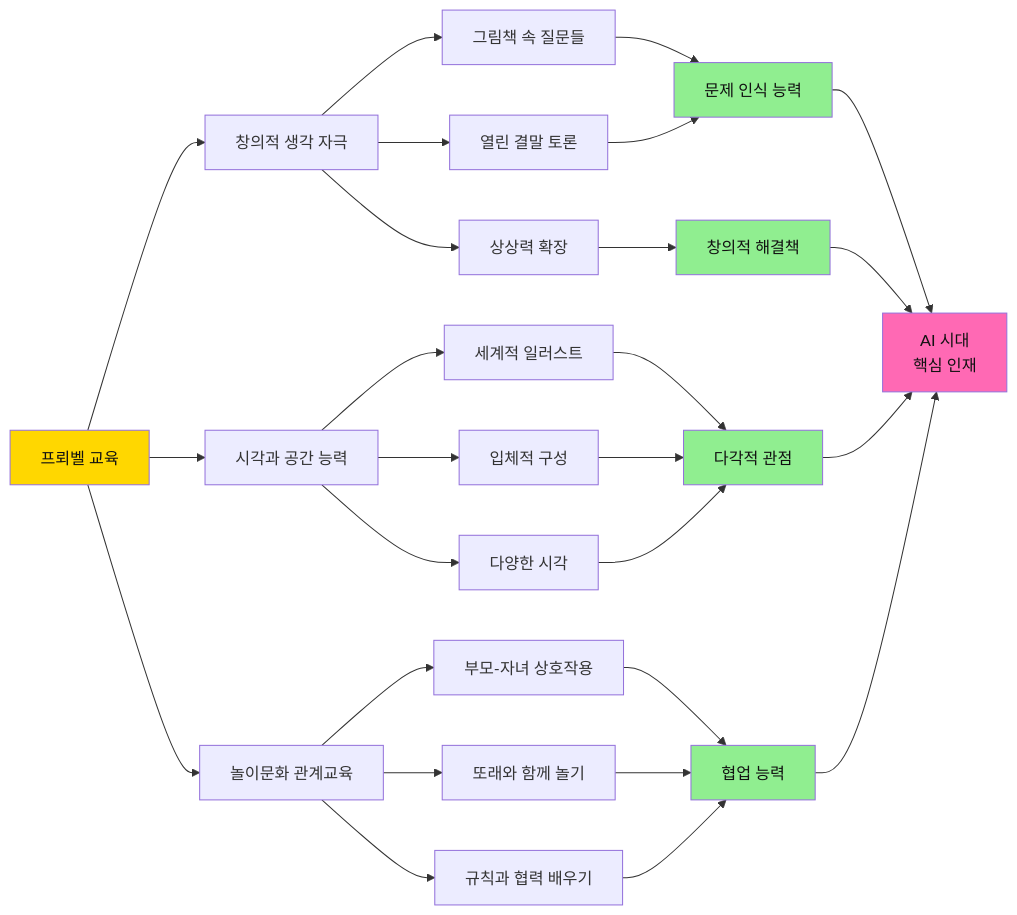
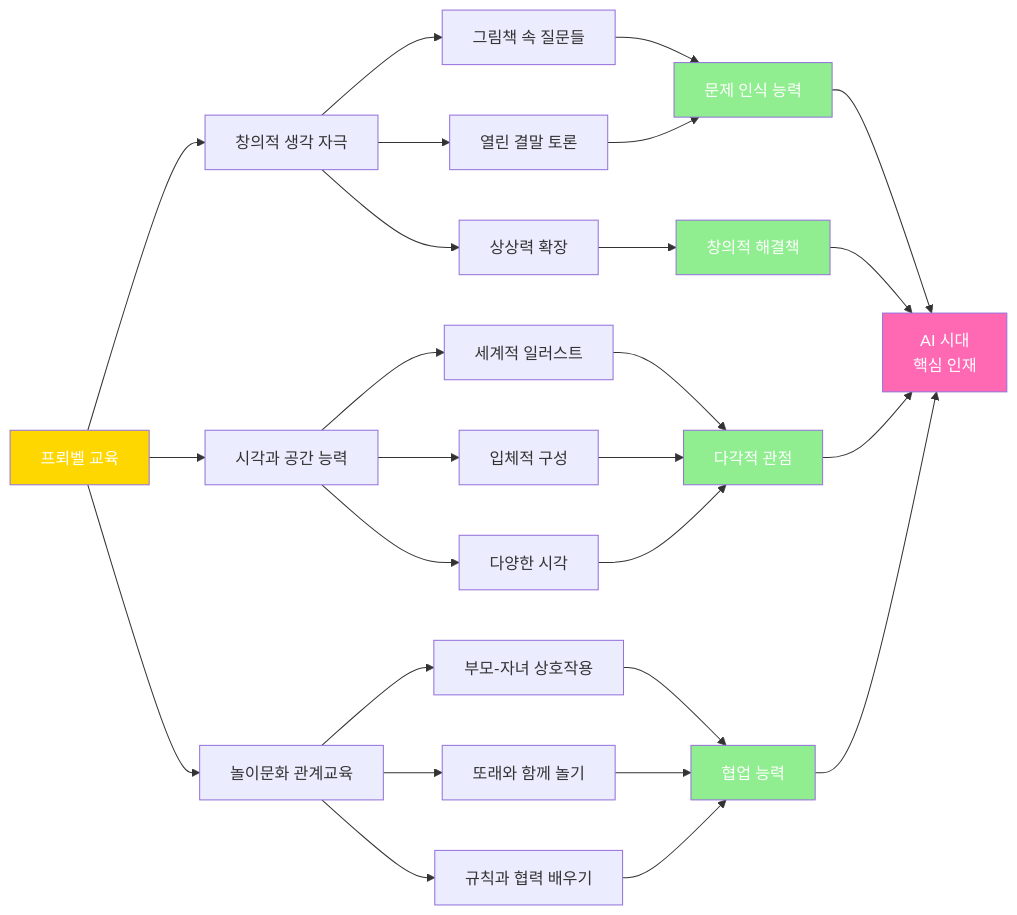
Before and after one commit to Collegenie-X/froebel: the eighth of 22 diagrams in 2단계_유아초등교육커리큘럼.md, drawn with Mermaid. The commit also changed other lines of this file and 4 other files, not shown here.

````diff
--- a/2단계_유아초등교육커리큘럼.md
+++ b/2단계_유아초등교육커리큘럼.md
@@ -281,42 +281,42 @@
 ```mermaid
 graph LR
     A[프뢰벨 교육] --> B[창의적 생각 자극]
     A --> C[시각과 공간 능력]
     A --> D[놀이문화 관계교육]
     
     B --> B1[그림책 속 질문들]
     B --> B2[열린 결말 토론]
     B --> B3[상상력 확장]
     
     C --> C1[세계적 일러스트]
     C --> C2[입체적 구성]
     C --> C3[다양한 시각]
     
     D --> D1[부모-자녀 상호작용]
     D --> D2[또래와 함께 놀기]
     D --> D3[규칙과 협력 배우기]
     
     B1 --> E[문제 인식 능력]
     B2 --> E
     B3 --> F[창의적 해결책]
     
     C1 --> G[다각적 관점]
     C2 --> G
     C3 --> G
     
     D1 --> H[협업 능력]
     D2 --> H
     D3 --> H
     
     E --> I[AI 시대<br/>핵심 인재]
     F --> I
     G --> I
     H --> I
     
-    style A fill:#FFD700,color:#111
-    style I fill:#FF69B4,color:#111
-    style E fill:#90EE90,color:#111
-    style F fill:#90EE90,color:#111
-    style G fill:#90EE90,color:#111
-    style H fill:#90EE90,color:#111
+    style A fill:#FFD700,color:#fff
+    style I fill:#FF69B4,color:#fff
+    style E fill:#90EE90,color:#fff
+    style F fill:#90EE90,color:#fff
+    style G fill:#90EE90,color:#fff
+    style H fill:#90EE90,color:#fff
 ```
````
